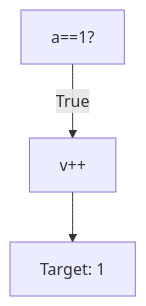
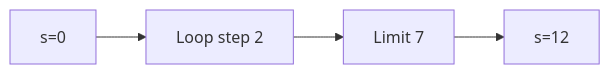
Before and after one commit to amnahwaida/OSNK_INF_PREP: diagram 13 of 25 in part-c-pemahaman-cpp/03-perulangan/latihan/set-09.md, drawn with Mermaid. The commit also changed other lines of this file and 71 other files, not shown here.

````diff
--- a/part-c-pemahaman-cpp/03-perulangan/latihan/set-09.md
+++ b/part-c-pemahaman-cpp/03-perulangan/latihan/set-09.md
@@ -424,5 +345,6 @@
 ```mermaid
-graph TD
-A["a==1?"] -- "True" --> B["v++"]
-B --> C["Target: 1"]
+graph LR
+A["s=0"] --> B["Loop step 2"]
+B --> C["Limit 7"]
+C --> D["s=12"]
 ```
````
